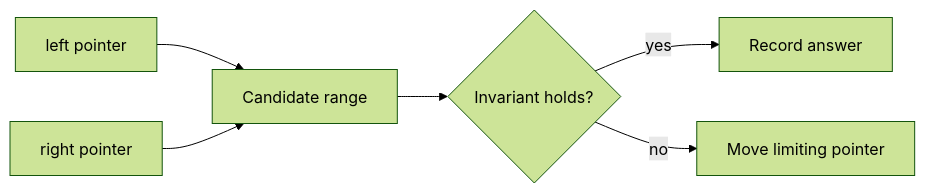
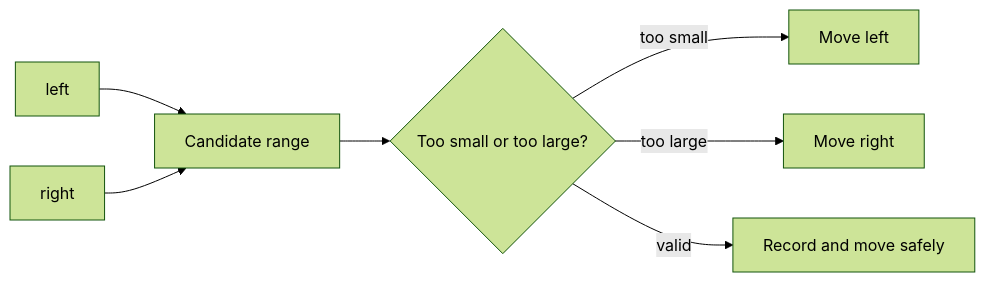
The diagram in two-pointers/README.md (Icon1cc/Data-Structures-and-Algorithms), drawn with Mermaid (forest theme) before and after one commit. The commit also changed other lines of this file and 112 other files, not shown here.

````diff
--- a/two-pointers/README.md
+++ b/two-pointers/README.md
@@ -65,8 +61,9 @@
 ```mermaid
 flowchart LR
-    L[left pointer] --> A[Candidate range]
-    R[right pointer] --> A
-    A --> D{Invariant holds?}
-    D -->|yes| E[Record answer]
-    D -->|no| F[Move limiting pointer]
+    L[left] --> A[Candidate range]
+    R[right] --> A
+    A --> B{Too small or too large?}
+    B -->|too small| C[Move left]
+    B -->|too large| D[Move right]
+    B -->|valid| E[Record and move safely]
 ```
````
